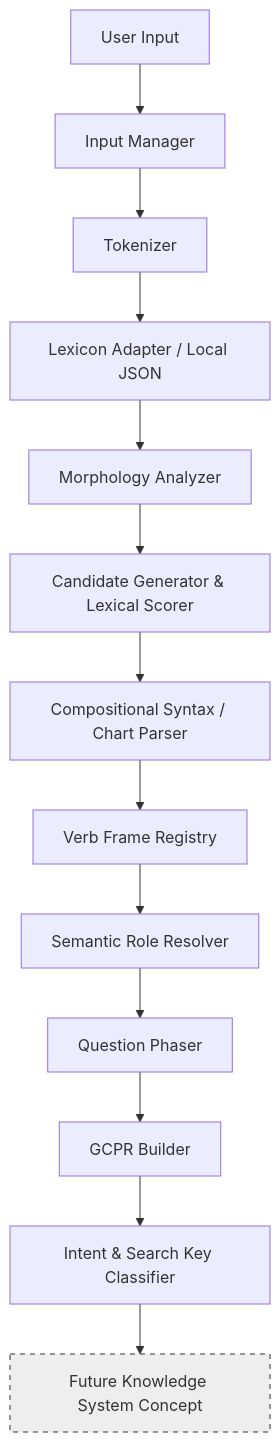
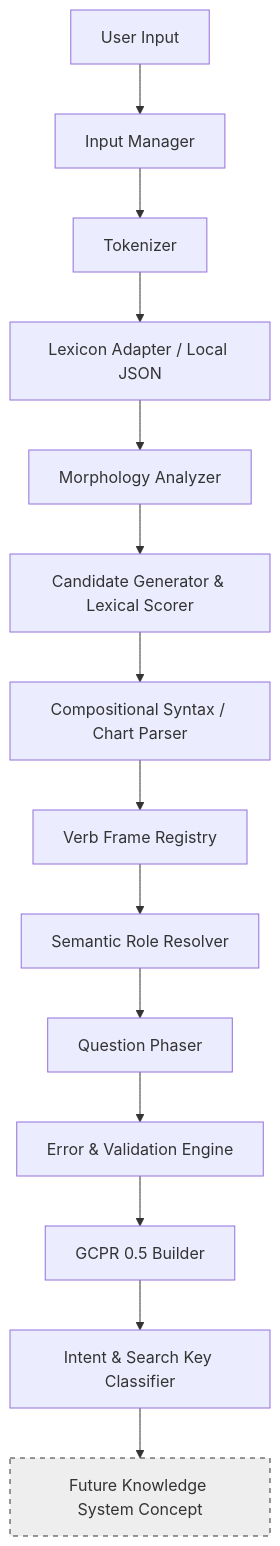
Before and after one commit to sailoht/GILLM-Genius-Intelligence-Language-Learning-Model-: the second of 3 diagrams in README.md, drawn with Mermaid. The commit also changed other lines of this file and 25 other files, not shown here.

````diff
--- a/README.md
+++ b/README.md
@@ -40,17 +43,18 @@
 ```mermaid
 graph TD
     Input[User Input] --> Mgr[Input Manager]
     Mgr --> Tok[Tokenizer]
     Tok --> Lex[Lexicon Adapter / Local JSON]
     Lex --> Morph[Morphology Analyzer]
     Morph --> Cand[Candidate Generator & Lexical Scorer]
     Cand --> Parser[Compositional Syntax / Chart Parser]
     Parser --> Frame[Verb Frame Registry]
     Frame --> Roles[Semantic Role Resolver]
     Roles --> Quest[Question Phaser]
-    Quest --> GCPR[GCPR Builder]
+    Quest --> Err[Error & Validation Engine]
+    Err --> GCPR[GCPR 0.5 Builder]
     GCPR --> Intent[Intent & Search Key Classifier]
     Intent --> Future[Future Knowledge System Concept]
 
     style Future fill:#eee,stroke:#333,stroke-dasharray: 5 5
 ```
````
